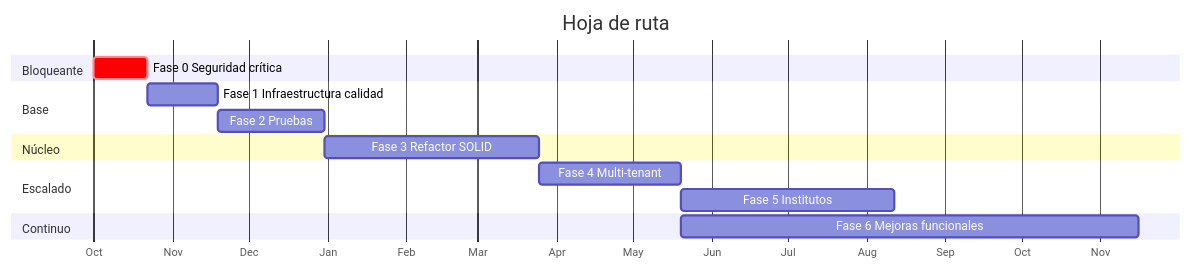
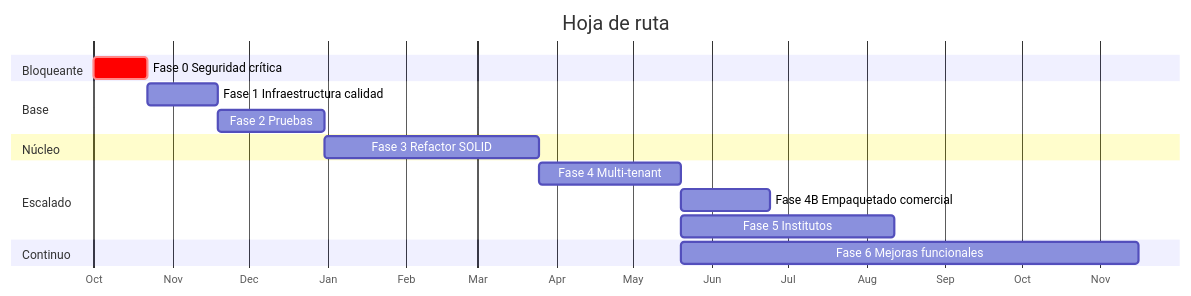
Before and after one commit to jersson14/colegio_sedes_sapientae: the second of 2 diagrams in docs/PLAN_DE_TRABAJO.md, drawn with Mermaid. The commit also changed other lines of this file and 1 other file, not shown here.

First line of the commit message:
docs: agregar Fase 4B de empaquetado comercial al plan de trabajo

````diff
--- a/docs/PLAN_DE_TRABAJO.md
+++ b/docs/PLAN_DE_TRABAJO.md
@@ -433,18 +529,19 @@
 ```mermaid
 gantt
     dateFormat YYYY-MM-DD
     axisFormat %b
     title Hoja de ruta
     section Bloqueante
     Fase 0 Seguridad crítica        :crit, f0, 2026-10-01, 21d
     section Base
     Fase 1 Infraestructura calidad  :f1, after f0, 28d
     Fase 2 Pruebas                  :f2, after f1, 42d
     section Núcleo
     Fase 3 Refactor SOLID           :f3, after f2, 84d
     section Escalado
     Fase 4 Multi-tenant             :f4, after f3, 56d
+    Fase 4B Empaquetado comercial   :f4b, after f4, 35d
     Fase 5 Institutos               :f5, after f4, 84d
     section Continuo
     Fase 6 Mejoras funcionales      :f6, after f4, 180d
 ```
````
